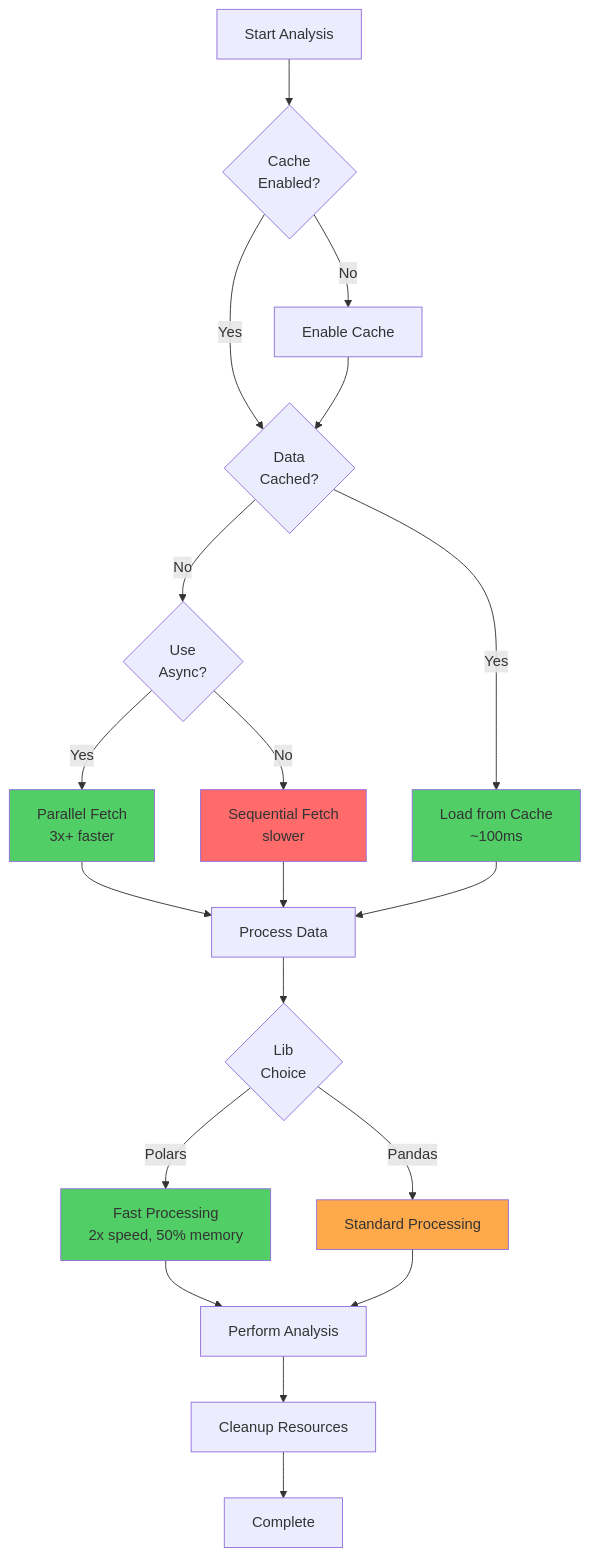
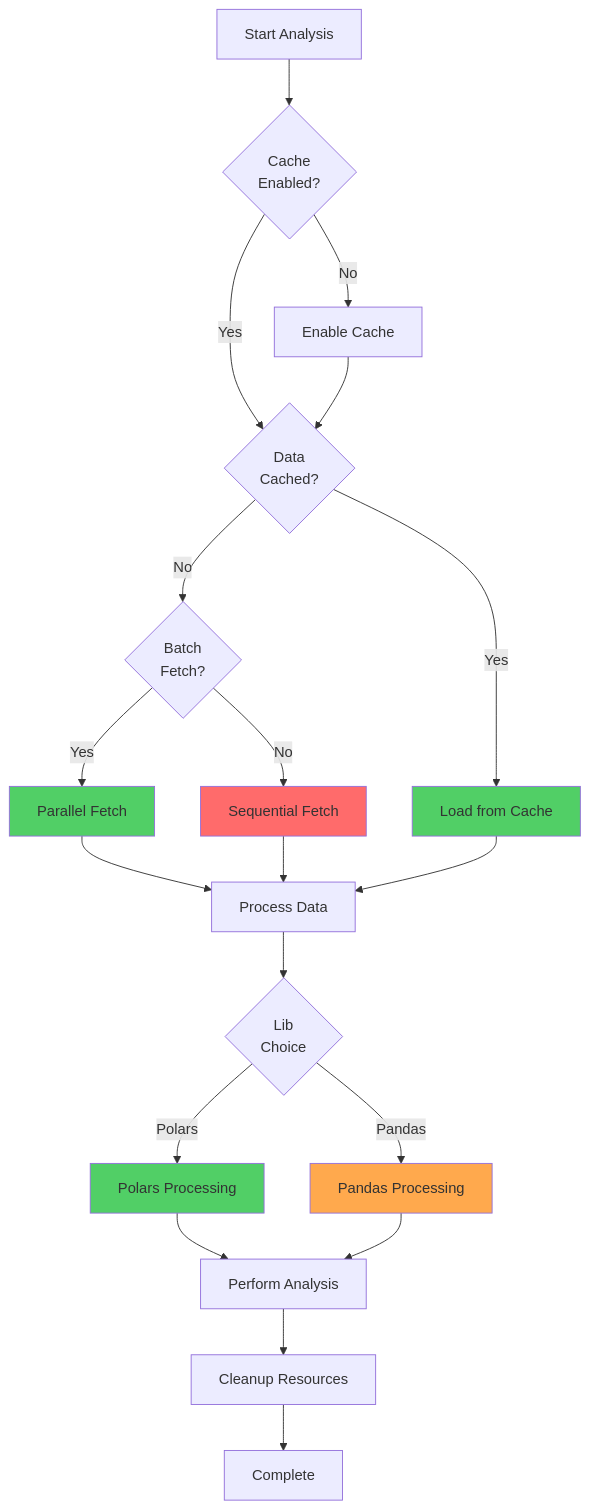
Before and after one commit to TracingInsights/tif1: the diagram in docs/guides/best-practices.mdx, drawn with Mermaid. The commit also changed other lines of this file and 145 other files, not shown here.

````diff
--- a/docs/guides/best-practices.mdx
+++ b/docs/guides/best-practices.mdx
@@ -20,33 +20,33 @@
 ```mermaid
 graph TD
     Start[Start Analysis] --> Cache{Cache<br/>Enabled?}
     Cache -->|Yes| CheckData{Data<br/>Cached?}
     Cache -->|No| EnableCache[Enable Cache]
     EnableCache --> CheckData
 
-    CheckData -->|Yes| LoadFast[Load from Cache<br/>~100ms]
-    CheckData -->|No| AsyncLoad{Use<br/>Async?}
+    CheckData -->|Yes| LoadFast[Load from Cache]
+    CheckData -->|No| AsyncLoad{Batch<br/>Fetch?}
 
-    AsyncLoad -->|Yes| ParallelFetch[Parallel Fetch<br/>3x+ faster]
-    AsyncLoad -->|No| SequentialFetch[Sequential Fetch<br/>slower]
+    AsyncLoad -->|Yes| ParallelFetch[Parallel Fetch]
+    AsyncLoad -->|No| SequentialFetch[Sequential Fetch]
 
     ParallelFetch --> ProcessData[Process Data]
     SequentialFetch --> ProcessData
     LoadFast --> ProcessData
 
     ProcessData --> Lib{Lib<br/>Choice}
-    Lib -->|Polars| FastProcess[Fast Processing<br/>2x speed, 50% memory]
-    Lib -->|Pandas| StandardProcess[Standard Processing]
+    Lib -->|Polars| FastProcess[Polars Processing]
+    Lib -->|Pandas| StandardProcess[Pandas Processing]
 
     FastProcess --> Analysis[Perform Analysis]
     StandardProcess --> Analysis
 
     Analysis --> Cleanup[Cleanup Resources]
     Cleanup --> End[Complete]
 
     style LoadFast fill:#51cf66
     style ParallelFetch fill:#51cf66
     style FastProcess fill:#51cf66
     style SequentialFetch fill:#ff6b6b
     style StandardProcess fill:#ffa94d
 ```
````
